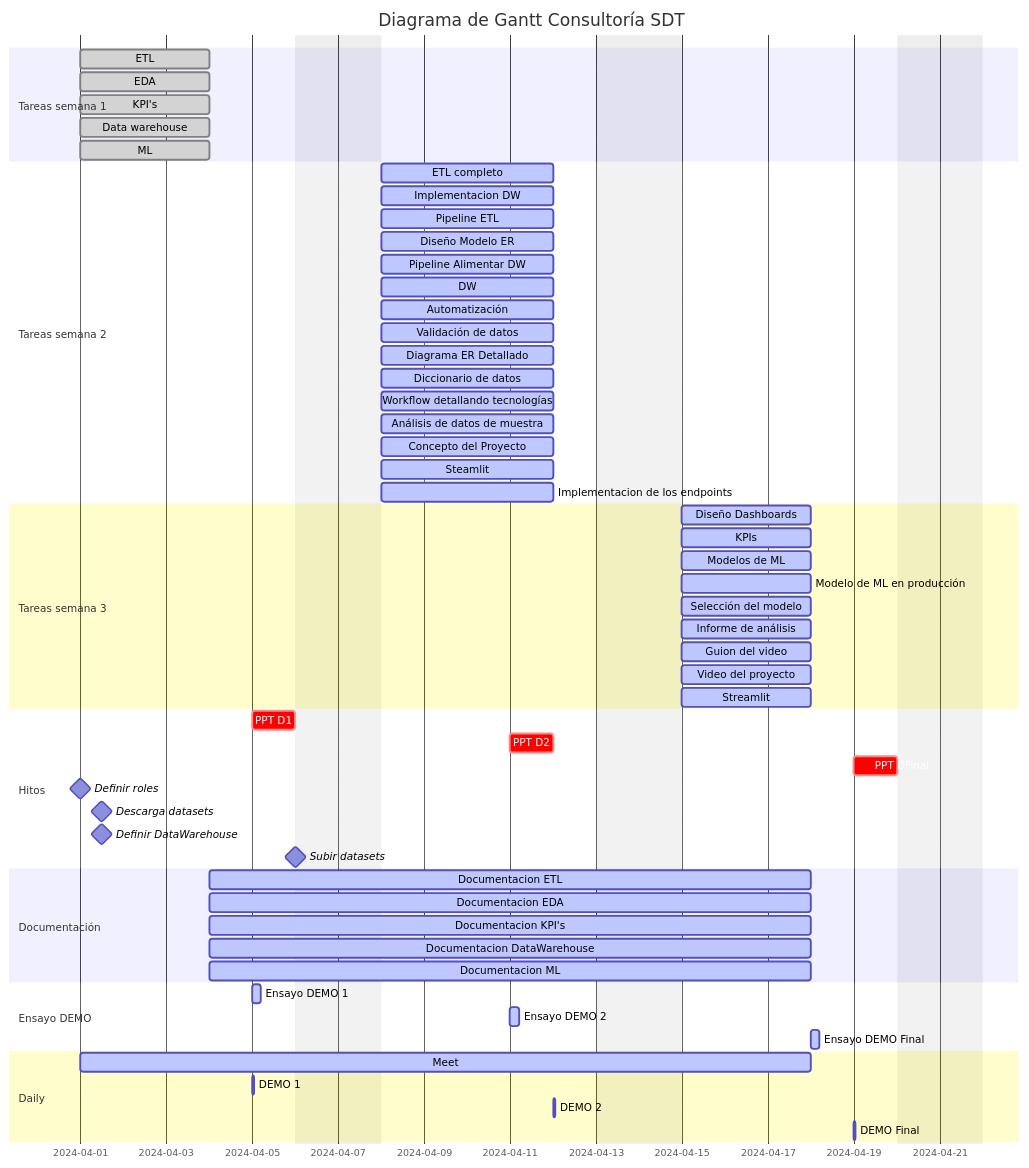
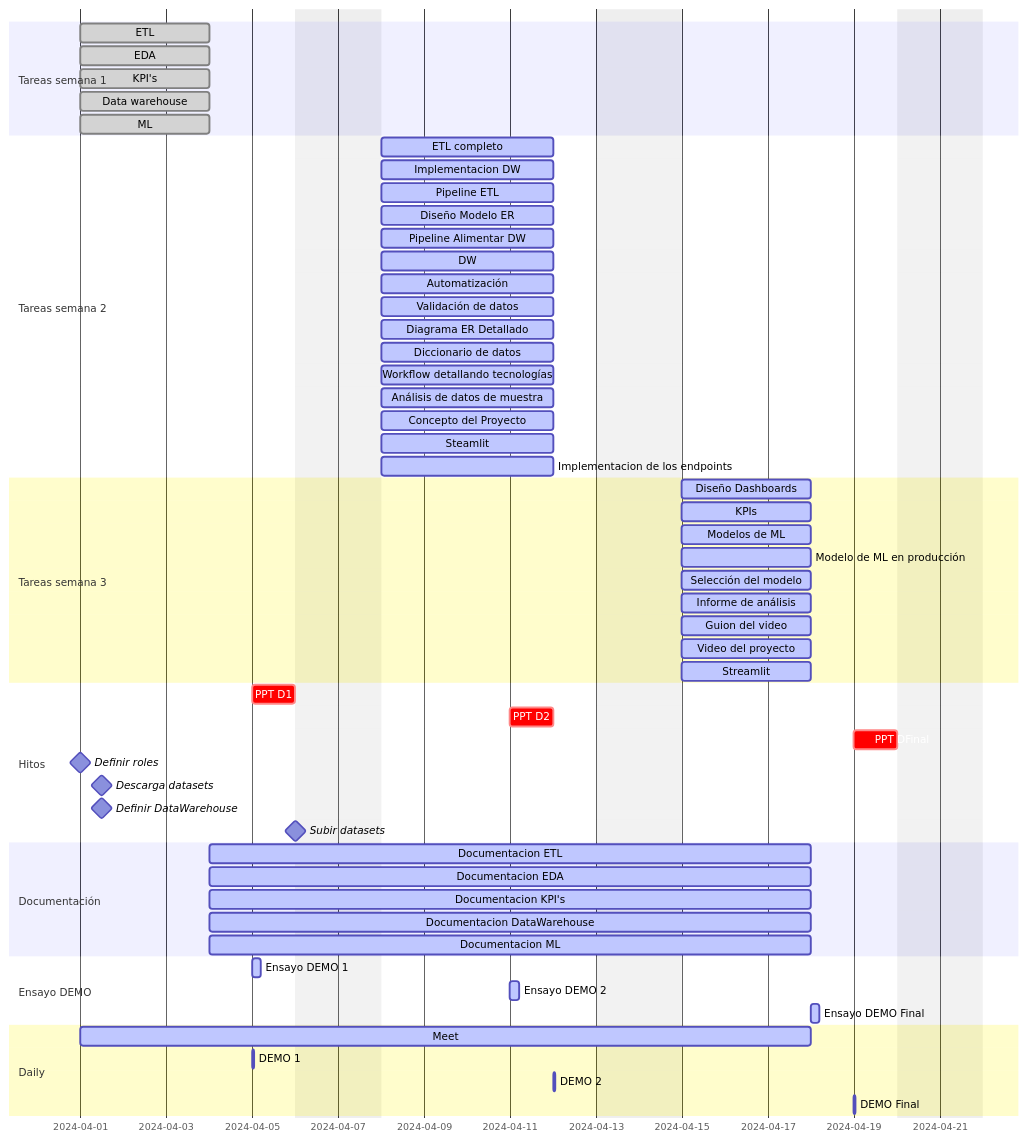
Before and after one commit to marceloyuba/SDT: the diagram in README.md, drawn with Mermaid. The commit also changed other lines of this file, not shown here.

````diff
--- a/README.md
+++ b/README.md
@@ -5,71 +5,70 @@
 ```mermaid
 gantt
    
     dateFormat  YYYY-MM-DD
-    title       Diagrama de Gantt Consultoría SDT
     excludes     saturday sunday
     %% (`excludes` accepts specific dates in YYYY-MM-DD format, days of the week ("sunday") or "weekends", but not the word "weekdays".)
 
     section Tareas semana 1
     ETL                       :done,    des1, 2024-04-01, 3d
     EDA                       :done,  des2, 2024-04-01, 3d
     KPI's                     :done,   des3,  2024-04-01, 3d
     Data warehouse            :done,   des4, 2024-04-01, 3d
     ML                        :done, des5, 2024-04-01, 3d               
 
     section Tareas semana 2            
     ETL completo               :active,    des6, 2024-04-08, 4d
     Implementacion DW         :active,    des7, 2024-04-08, 4d
     Pipeline ETL               :active,    des8, 2024-04-08, 4d
     Diseño Modelo ER           :active,    des8, 2024-04-08, 4d 
     Pipeline Alimentar DW       :active,    des9, 2024-04-08, 4d
     DW                          :active,    des10, 2024-04-08, 4d
     Automatización             :active,    des11, 2024-04-08, 4d
     Validación de datos         :active,    des12, 2024-04-08, 4d
     Diagrama ER Detallado       :active,    des13, 2024-04-08, 4d
     Diccionario de datos        :active,    des14, 2024-04-08, 4d
     Workflow detallando tecnologías :active,    des15, 2024-04-08, 4d
     Análisis de datos de muestra   :active,    des16, 2024-04-08, 4d
     Concepto del Proyecto         :active,    des17, 2024-04-08, 4d
     Steamlit                     :active,    des18, 2024-04-08, 4d
     Implementacion de los endpoints     :active,    des19, 2024-04-08, 4d
 
     section Tareas semana 3           
     Diseño Dashboards              :active,    des20, 2024-04-15, 3d
     KPIs                           :active,    des21, 2024-04-15, 3d
     Modelos de ML                   :active,    des22, 2024-04-15, 3d
     Modelo de ML en producción      :active,    des23, 2024-04-15, 3d
     Selección del modelo         :active,    des24, 2024-04-15, 3d
     Informe de análisis               :active,    des25, 2024-04-15, 3d
     Guion del video                  :active,    des26, 2024-04-15, 3d
     Video del proyecto              :active,    des27, 2024-04-15, 3d
     Streamlit                       :active, des28, 2024-04-15, 3d
 
     section Hitos
     PPT D1                              :crit,  2024-04-05,24h
     PPT D2                              :crit,  2024-04-11,24h
     PPT DFinal                          :crit,  2024-04-19,24h
     Definir roles                       :milestone, isadded, 2024-04-01, 0d
     Descarga datasets                   :milestone, isadded, 2024-04-01, 24h
     Definir DataWarehouse               :milestone,isadded, 2024-04-01, 24h
     Subir datasets                      :milestone,isadded 2024-04-04, 2d
 
     section Documentación
     Documentacion ETL               :active, a1, after des1, 10d
     Documentacion EDA              :active, a1, after des1, 10d
     Documentacion KPI's              :active, a1, after des1, 10d
     Documentacion DataWarehouse       :active, a1, after des1, 10d
     Documentacion ML                   :active, a1, after des1, 10d
     
     section Ensayo DEMO
     Ensayo DEMO 1                       :active, 2024-04-05, 5h
     Ensayo DEMO 2                       :active, 2024-04-11, 5h
     Ensayo DEMO Final                  :active, 2024-04-18, 5h
 
     section Daily
     Meet                               :active,a2, 2024-04-01, 2024-04-18
     DEMO 1                             :active, 2024-04-05, 1h
     DEMO 2                             :active, 2024-04-12, 1h
     DEMO Final                             :active, 2024-04-19, 1h
    
 ```
````
